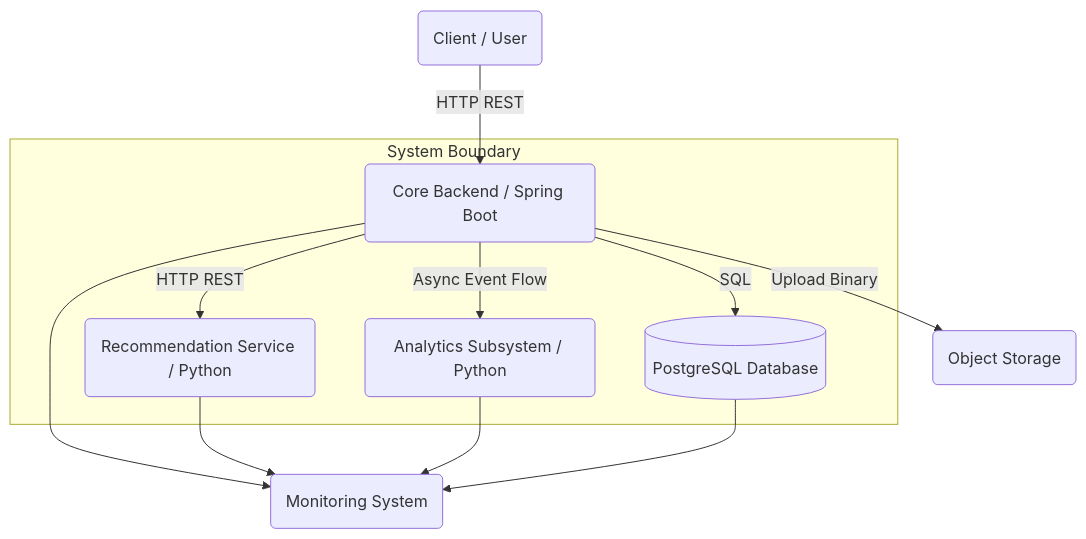
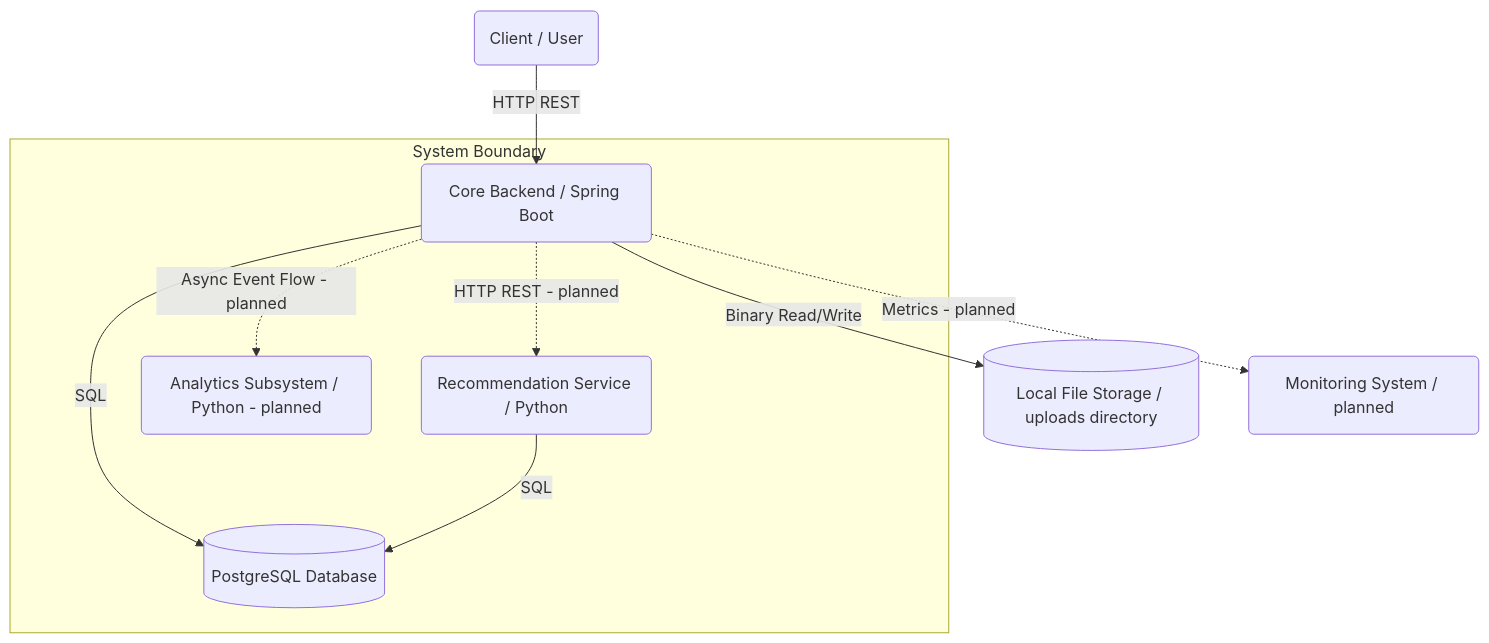
The diagram in docs/docs/en/3-Architecture.md (ferigeek/sarv), drawn with Mermaid before and after one commit. The commit also changed other lines of this file and 13 other files, not shown here.

````diff
--- a/docs/docs/en/3-Architecture.md
+++ b/docs/docs/en/3-Architecture.md
@@ -20,24 +20,22 @@
 ```mermaid
 graph TD
     Client(Client / User)
-    ObjectStorage(Object Storage)
-    Monitoring(Monitoring System)
+    LocalFileStorage[(Local File Storage / uploads directory)]
+    Monitoring(Monitoring System / planned)
 
     subgraph System Boundary
         Backend(Core Backend / Spring Boot)
         Recommender(Recommendation Service / Python)
-        Analytics(Analytics Subsystem / Python)
+        Analytics(Analytics Subsystem / Python - planned)
         Postgres[(PostgreSQL Database)]
     end
 
     Client -- HTTP REST --> Backend
-    Backend -- HTTP REST --> Recommender
-    Backend -- Async Event Flow --> Analytics
     Backend -- SQL --> Postgres
-    Backend -- Upload Binary --> ObjectStorage
+    Backend -- Binary Read/Write --> LocalFileStorage
+    Recommender -- SQL --> Postgres
 
-    Backend --> Monitoring
-    Recommender --> Monitoring
-    Analytics --> Monitoring
-    Postgres --> Monitoring
+    Backend -. HTTP REST - planned .-> Recommender
+    Backend -. Async Event Flow - planned .-> Analytics
+    Backend -. Metrics - planned .-> Monitoring
 ```
````
